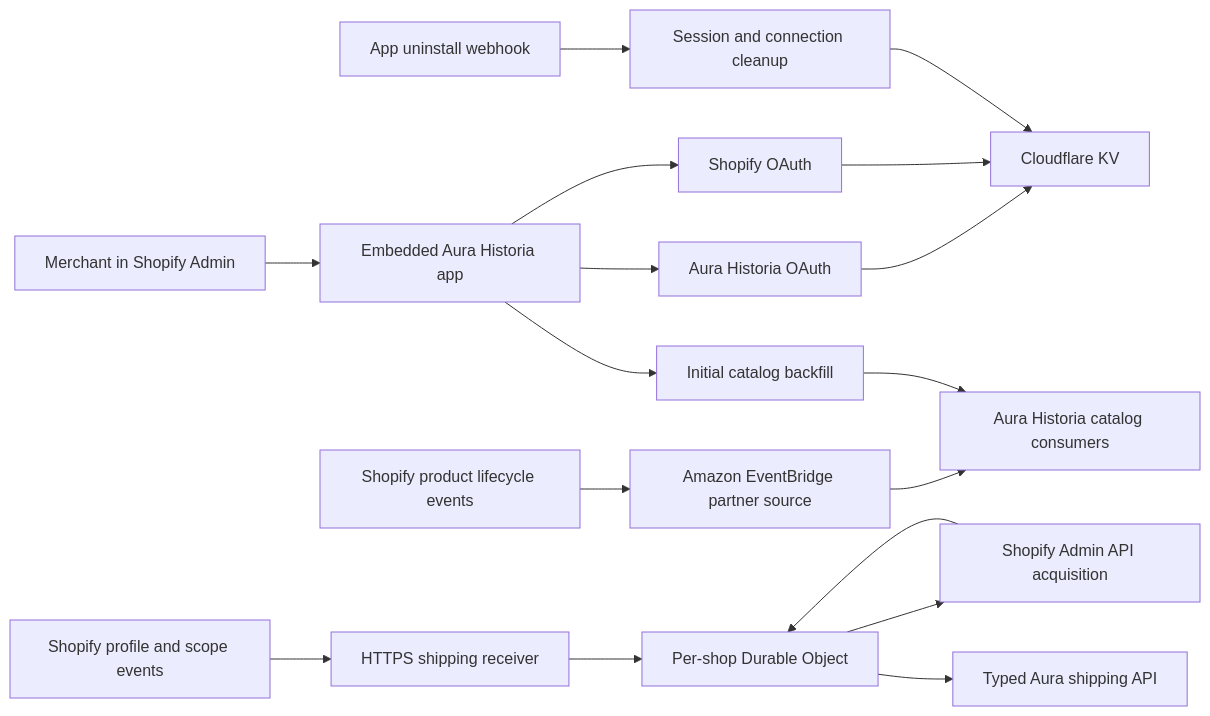
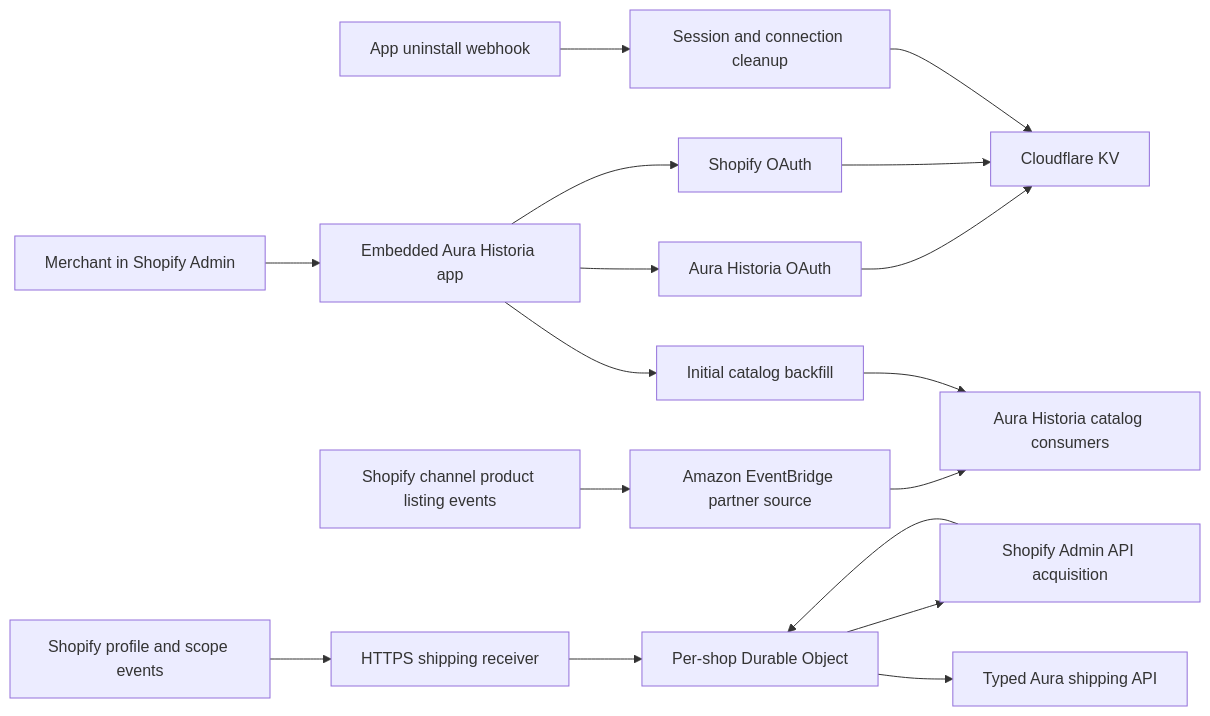
The diagram in README.md (aura-historia/shopify-app), drawn with Mermaid before and after one commit. The commit also changed other lines of this file and 26 other files, not shown here.

````diff
--- a/README.md
+++ b/README.md
@@ -40,19 +40,19 @@
 ```mermaid
 flowchart LR
     M[Merchant in Shopify Admin] --> I[Embedded Aura Historia app]
     I --> S[Shopify OAuth]
     I --> O[Aura Historia OAuth]
     O --> K[Cloudflare KV]
     S --> K
-    P[Shopify product lifecycle events] --> E[Amazon EventBridge partner source]
+    P[Shopify channel product listing events] --> E[Amazon EventBridge partner source]
     E --> A[Aura Historia catalog consumers]
     I --> B[Initial catalog backfill]
     B --> A
     U[App uninstall webhook] --> C[Session and connection cleanup]
     C --> K
     SP[Shopify profile and scope events] --> H[HTTPS shipping receiver]
     H --> D[Per-shop Durable Object]
     D --> G[Shopify Admin API acquisition]
     G --> D
     D --> SH[Typed Aura shipping API]
 ```
````
